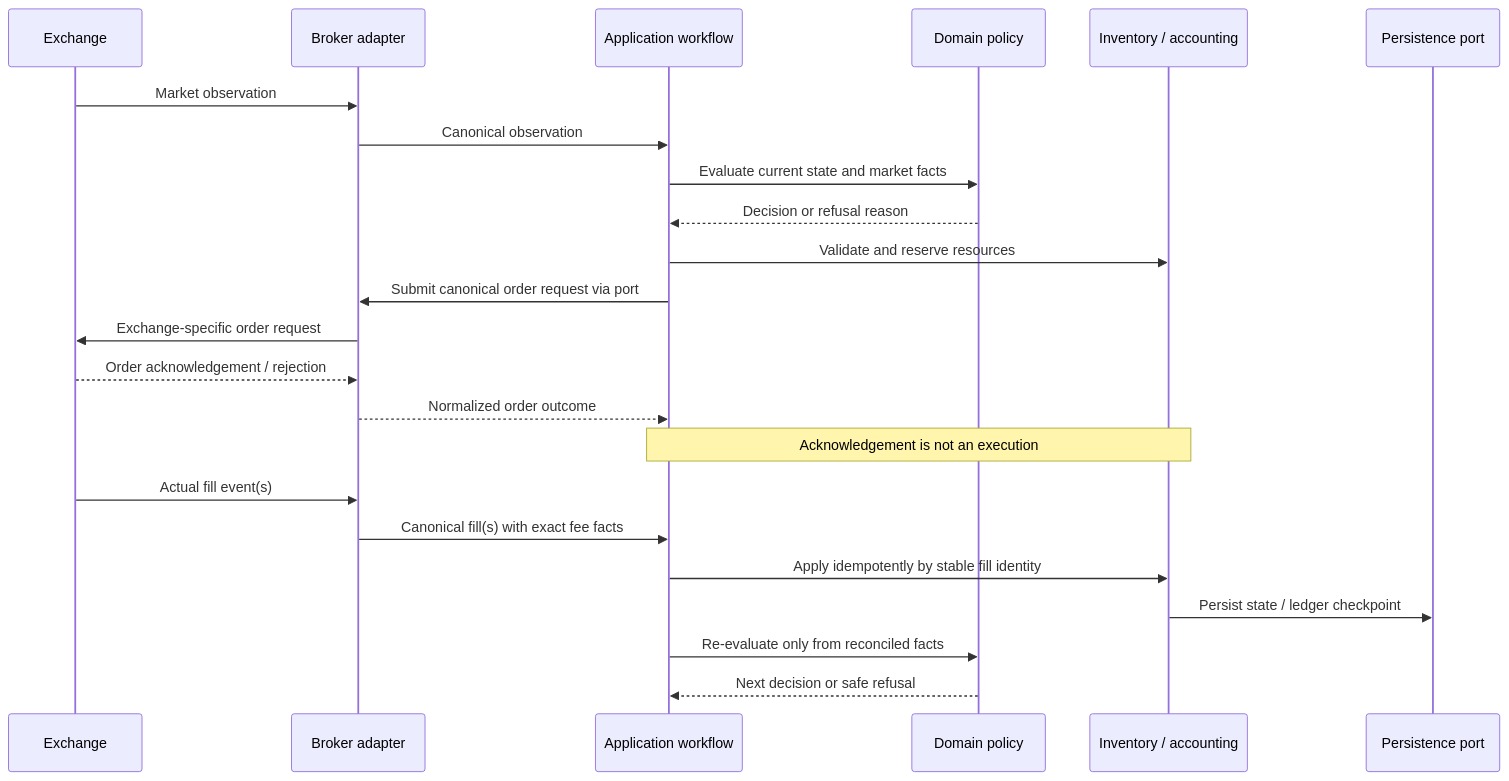
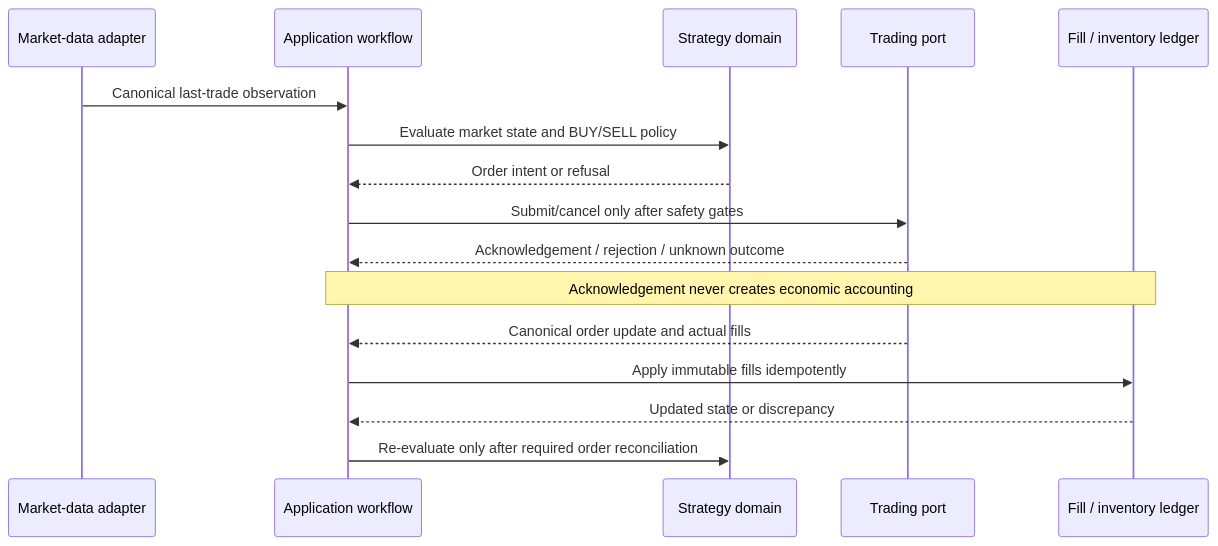
Before and after one commit to 45s/coinzilla: the diagram in apps/bot-coin-farmer/docs/architecture/diagrams/execution-lifecycle.mmd, drawn with Mermaid.

Commit message:
docs: replace placeholder Coin Farmer diagrams with concrete flows

```diff
--- a/apps/bot-coin-farmer/docs/architecture/diagrams/execution-lifecycle.mmd
+++ b/apps/bot-coin-farmer/docs/architecture/diagrams/execution-lifecycle.mmd
@@ -1,24 +1,17 @@
 sequenceDiagram
-  participant CEX as Exchange
-  participant BA as Broker adapter
-  participant WF as Application workflow
-  participant DP as Domain policy
-  participant Ledger as Inventory / accounting
-  participant Store as Persistence port
+  participant Market as Market-data adapter
+  participant App as Application workflow
+  participant Policy as Strategy domain
+  participant Broker as Trading port
+  participant Ledger as Fill / inventory ledger
 
-  CEX->>BA: Market observation
-  BA->>WF: Canonical observation
-  WF->>DP: Evaluate current state and market facts
-  DP-->>WF: Decision or refusal reason
-  WF->>Ledger: Validate and reserve resources
-  WF->>BA: Submit canonical order request via port
-  BA->>CEX: Exchange-specific order request
-  CEX-->>BA: Order acknowledgement / rejection
-  BA-->>WF: Normalized order outcome
-  Note over WF,Ledger: Acknowledgement is not an execution
-  CEX->>BA: Actual fill event(s)
-  BA->>WF: Canonical fill(s) with exact fee facts
-  WF->>Ledger: Apply idempotently by stable fill identity
-  Ledger->>Store: Persist state / ledger checkpoint
-  WF->>DP: Re-evaluate only from reconciled facts
-  DP-->>WF: Next decision or safe refusal
+  Market->>App: Canonical last-trade observation
+  App->>Policy: Evaluate market state and BUY/SELL policy
+  Policy-->>App: Order intent or refusal
+  App->>Broker: Submit/cancel only after safety gates
+  Broker-->>App: Acknowledgement / rejection / unknown outcome
+  Note over App,Ledger: Acknowledgement never creates economic accounting
+  Broker-->>App: Canonical order update and actual fills
+  App->>Ledger: Apply immutable fills idempotently
+  Ledger-->>App: Updated state or discrepancy
+  App->>Policy: Re-evaluate only after required order reconciliation
```
